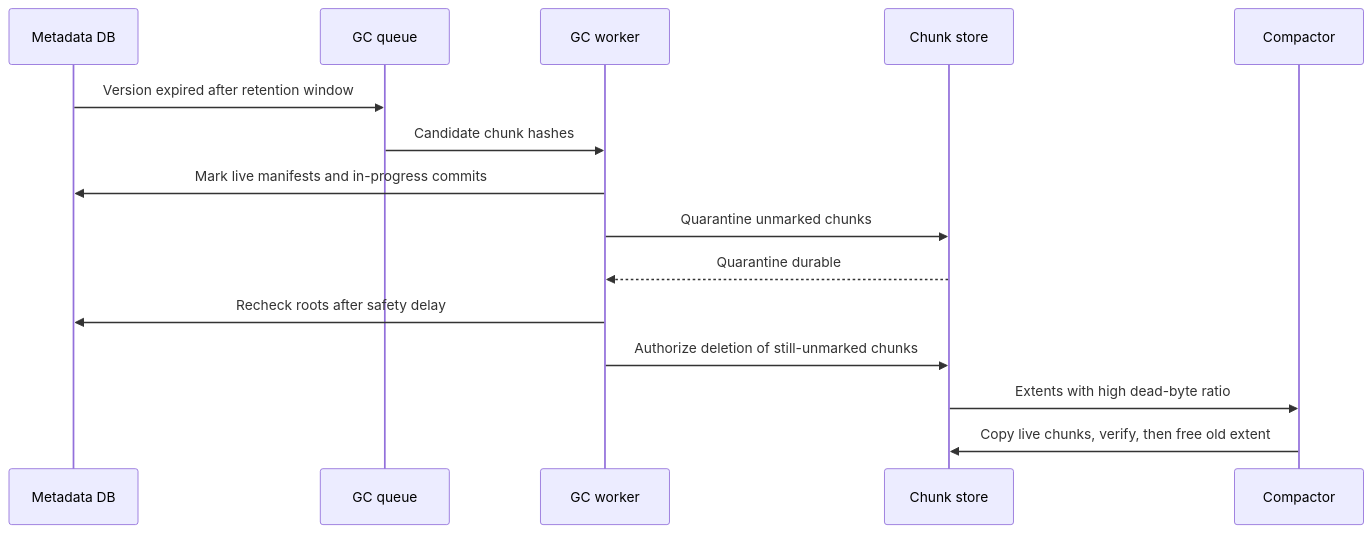
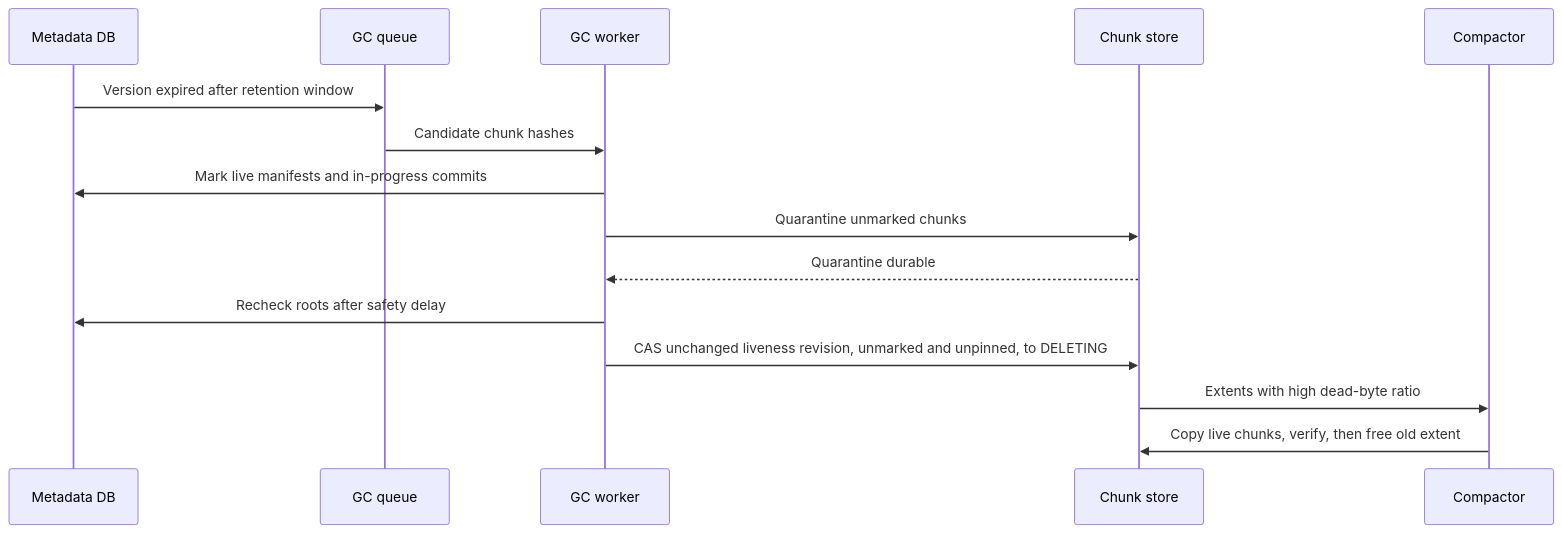
The fifth of 5 diagrams in dropbox-system-design.md (Pranshu258/system-design), drawn with Mermaid before and after one commit. The commit also changed other lines of this file and 23 other files, not shown here.

````diff
--- a/dropbox-system-design.md
+++ b/dropbox-system-design.md
@@ -320,17 +327,17 @@
 ```mermaid
 sequenceDiagram
     participant M as Metadata DB
     participant Q as GC queue
     participant G as GC worker
     participant S as Chunk store
     participant C as Compactor
     M->>Q: Version expired after retention window
     Q->>G: Candidate chunk hashes
     G->>M: Mark live manifests and in-progress commits
     G->>S: Quarantine unmarked chunks
     S-->>G: Quarantine durable
     G->>M: Recheck roots after safety delay
-    G->>S: Authorize deletion of still-unmarked chunks
+    G->>S: CAS unchanged liveness revision, unmarked and unpinned, to DELETING
     S->>C: Extents with high dead-byte ratio
     C->>S: Copy live chunks, verify, then free old extent
 ```
````
